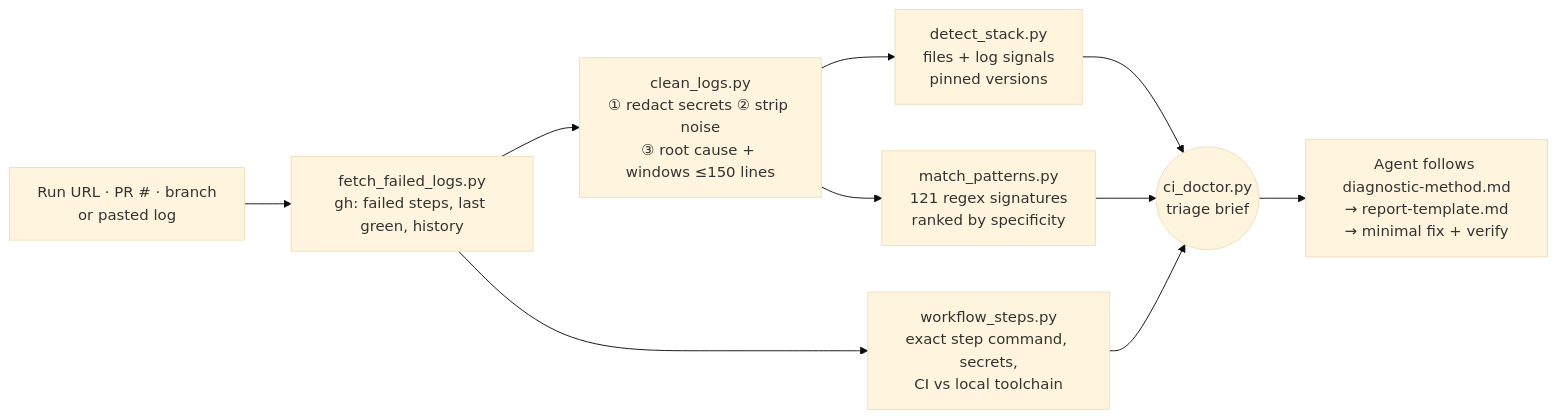
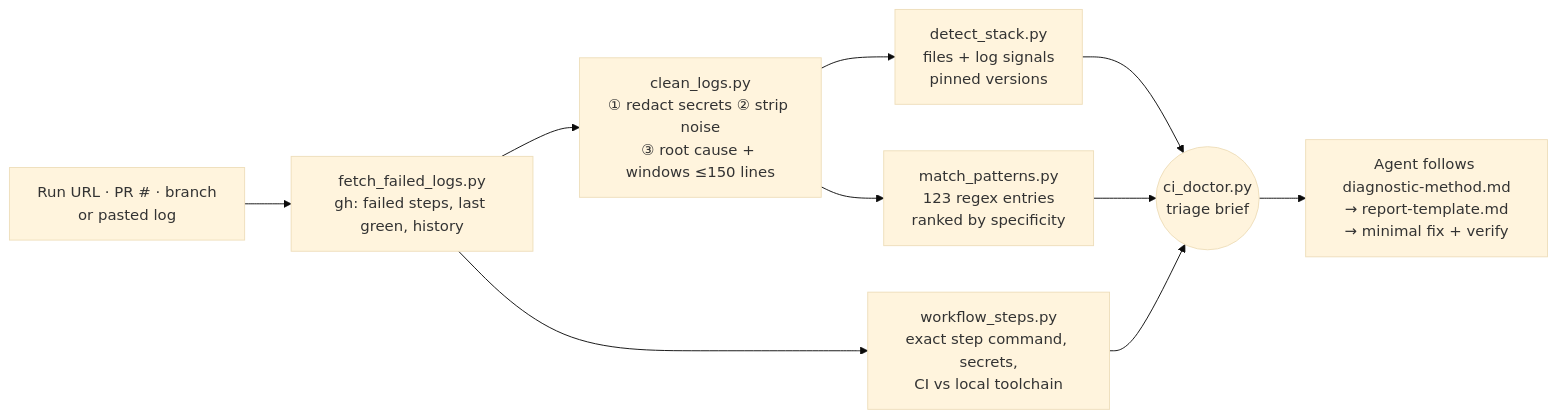
The diagram in README.md (hasanat-ahmad/CI-Failure-Explainer), drawn with Mermaid (base theme) before and after one commit. The commit also changed other lines of this file and 21 other files, not shown here.

````diff
--- a/README.md
+++ b/README.md
@@ -67,12 +67,12 @@
 ```mermaid
 flowchart LR
     A["Run URL · PR # · branch<br/>or pasted log"] --> B["fetch_failed_logs.py<br/>gh: failed steps, last green, history"]
     B --> C["clean_logs.py<br/>① redact secrets ② strip noise<br/>③ root cause + windows ≤150 lines"]
     C --> D["detect_stack.py<br/>files + log signals<br/>pinned versions"]
-    C --> E["match_patterns.py<br/>121 regex signatures<br/>ranked by specificity"]
+    C --> E["match_patterns.py<br/>123 regex entries<br/>ranked by specificity"]
     B --> F["workflow_steps.py<br/>exact step command, secrets,<br/>CI vs local toolchain"]
     D --> G(("ci_doctor.py<br/>triage brief"))
     E --> G
     F --> G
     G --> H["Agent follows diagnostic-method.md<br/>→ report-template.md<br/>→ minimal fix + verify"]
 ```
````
